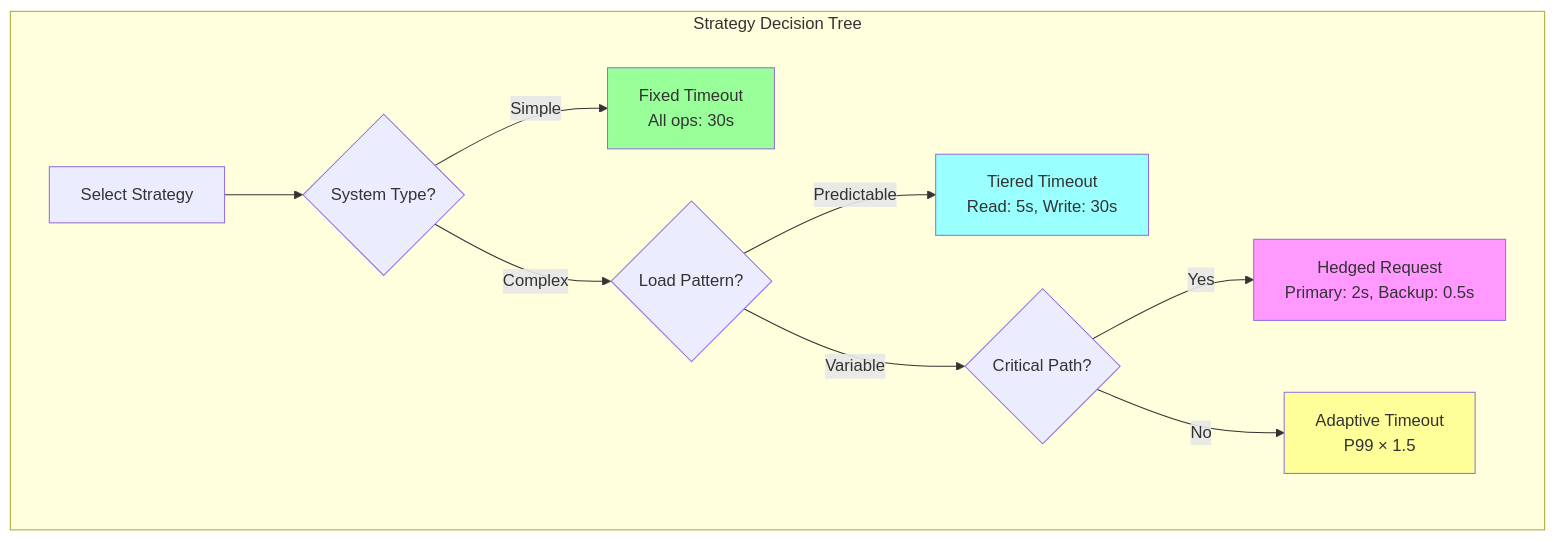
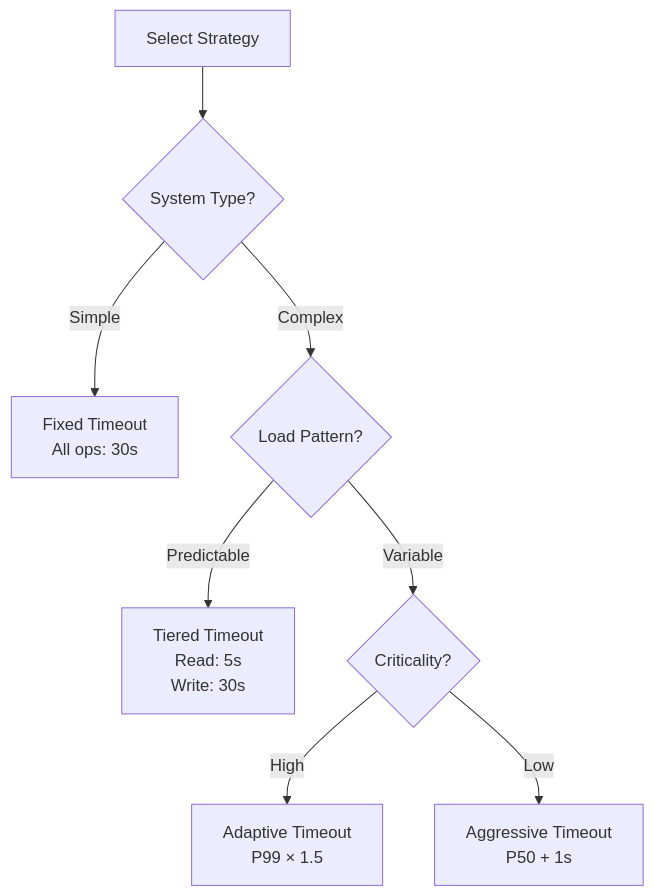
One commit to deepaucksharma/DStudio changed the third of 5 diagrams in docs/pattern-library/resilience/timeout.md. Above: the diagram before and after it, drawn with Mermaid. The commit also changed other lines of this file and 64 other files, not shown here.

````diff
--- a/docs/pattern-library/resilience/timeout.md
+++ b/docs/pattern-library/resilience/timeout.md
@@ -85,20 +138,10 @@
 ```mermaid
 graph TD
-    subgraph "Strategy Decision Tree"
-        S[Select Strategy] --> Q1{System Type?}
-        
-        Q1 -->|Simple| Fixed[Fixed Timeout<br/>All ops: 30s]
-        Q1 -->|Complex| Q2{Load Pattern?}
-        
-        Q2 -->|Predictable| Tiered[Tiered Timeout<br/>Read: 5s, Write: 30s]
-        Q2 -->|Variable| Q3{Critical Path?}
-        
-        Q3 -->|Yes| Hedged[Hedged Request<br/>Primary: 2s, Backup: 0.5s]
-        Q3 -->|No| Adaptive[Adaptive Timeout<br/>P99 × 1.5]
-    end
-    
-    style Fixed fill:#9f9
-    style Tiered fill:#9ff
-    style Adaptive fill:#ff9
-    style Hedged fill:#f9f
+    A[Select Strategy] --> B{System Type?}
+    B -->|Simple| C[Fixed Timeout<br/>All ops: 30s]
+    B -->|Complex| D{Load Pattern?}
+    D -->|Predictable| E[Tiered Timeout<br/>Read: 5s<br/>Write: 30s]
+    D -->|Variable| F{Criticality?}
+    F -->|High| G[Adaptive Timeout<br/>P99 × 1.5]
+    F -->|Low| H[Aggressive Timeout<br/>P50 + 1s]
 ```
````
